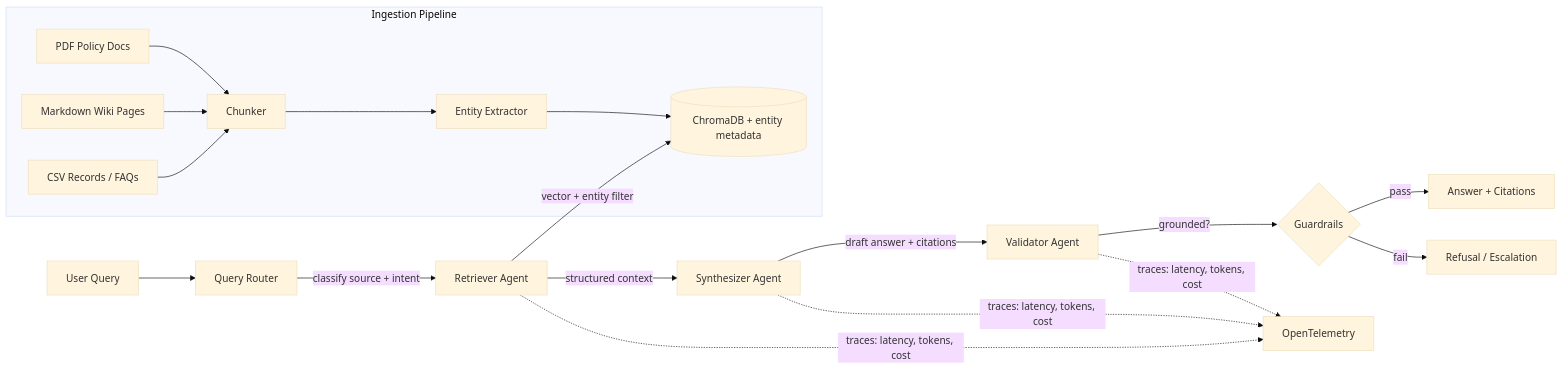
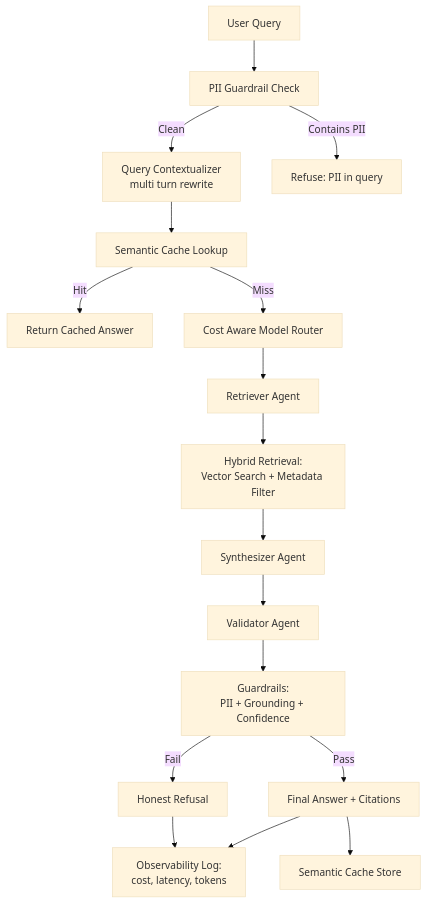
One commit to Apoo3va/doctrust changed the diagram in README.md. Above: the diagram before and after it, drawn with Mermaid (base theme). The commit also changed other lines of this file, not shown here.

Commit message:
Rewrite README

````diff
--- a/README.md
+++ b/README.md
@@ -28,21 +23,19 @@
 ```mermaid
-flowchart LR
-    U[User Query] --> QR[Query Router]
-    QR -->|classify source + intent| RET[Retriever Agent]
-    RET -->|vector + entity filter| DB[(ChromaDB + entity metadata)]
-    RET -->|structured context| SYN[Synthesizer Agent]
-    SYN -->|draft answer + citations| VAL[Validator Agent]
-    VAL -->|grounded?| G{Guardrails}
-    G -->|pass| OUT[Answer + Citations]
-    G -->|fail| REF[Refusal / Escalation]
-
-    subgraph Ingestion Pipeline
-        PDF[PDF Policy Docs] --> CH[Chunker]
-        MD[Markdown Wiki Pages] --> CH
-        CSV[CSV Records / FAQs] --> CH
-        CH --> EE[Entity Extractor]
-        EE --> DB
-    end
-
-    RET & SYN & VAL -.->|traces: latency, tokens, cost| OT[OpenTelemetry]
+flowchart TD
+    A[User Query] --> B[PII Guardrail Check]
+    B -->|Clean| C[Query Contextualizer<br/>multi turn rewrite]
+    B -->|Contains PII| Z[Refuse: PII in query]
+    C --> D[Semantic Cache Lookup]
+    D -->|Hit| Y[Return Cached Answer]
+    D -->|Miss| E[Cost Aware Model Router]
+    E --> F[Retriever Agent]
+    F --> G[Hybrid Retrieval:<br/>Vector Search + Metadata Filter]
+    G --> H[Synthesizer Agent]
+    H --> I[Validator Agent]
+    I --> J[Guardrails:<br/>PII + Grounding + Confidence]
+    J -->|Pass| K[Final Answer + Citations]
+    J -->|Fail| L[Honest Refusal]
+    K --> M[Observability Log:<br/>cost, latency, tokens]
+    L --> M
+    K --> N[Semantic Cache Store]
 ```
````
